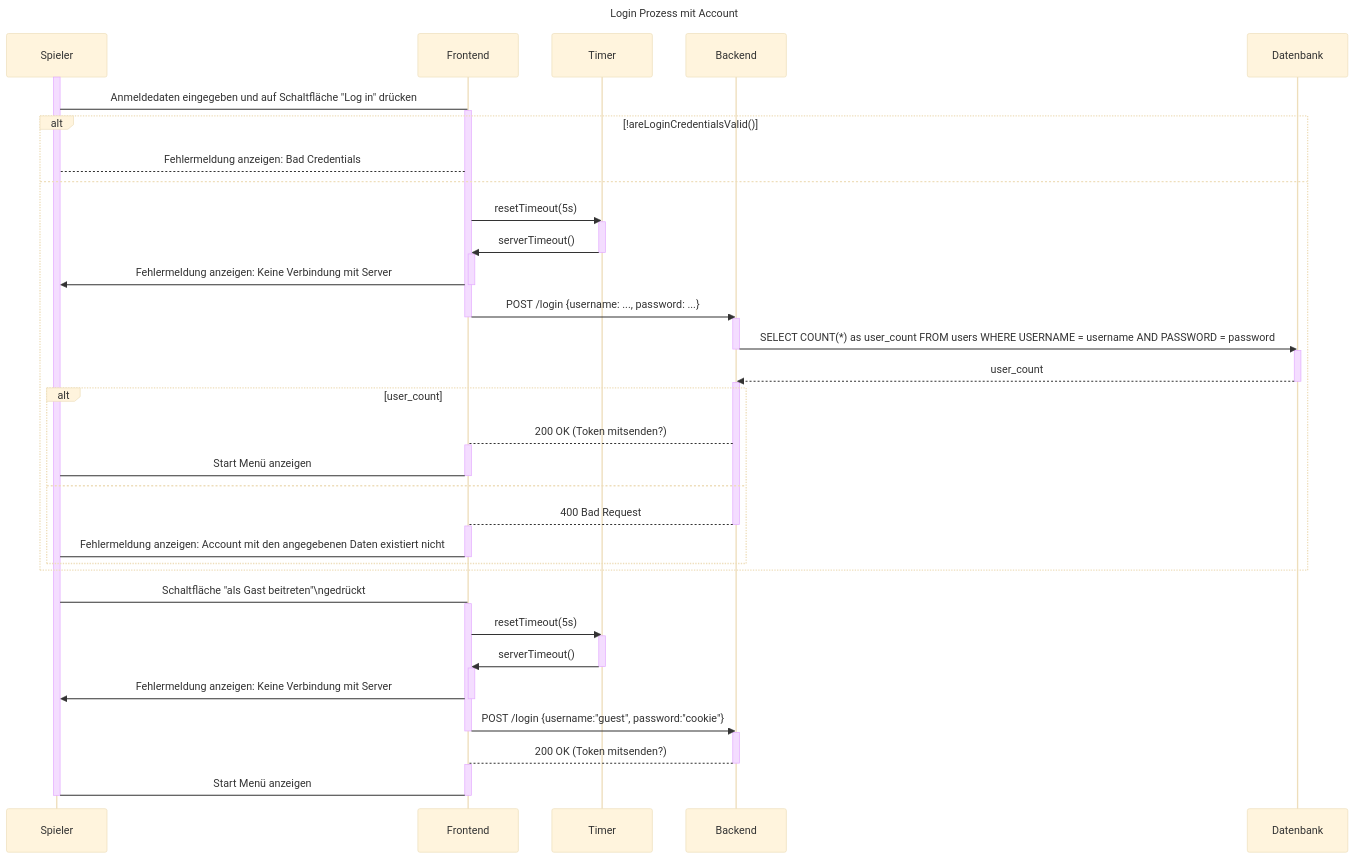
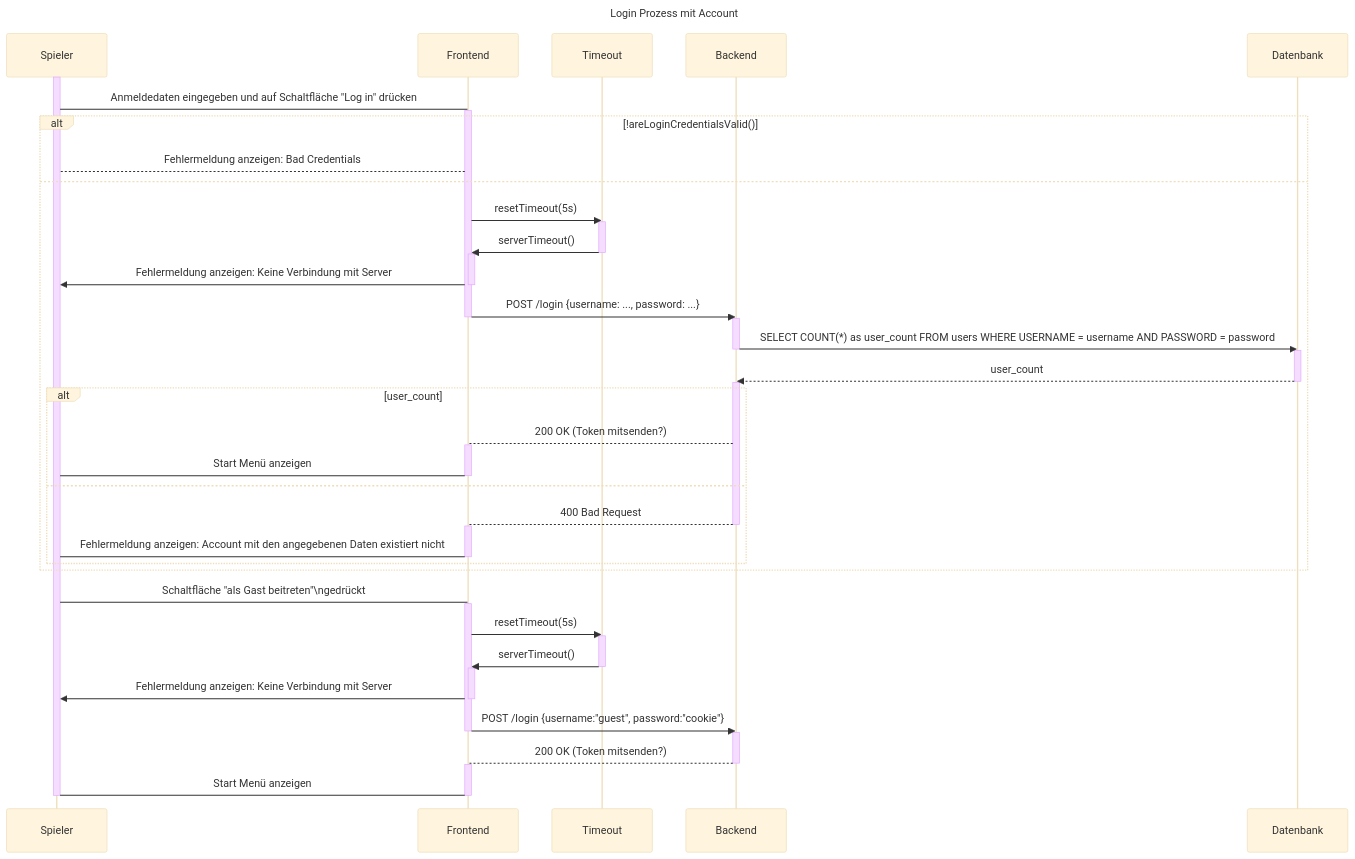
The first of 2 diagrams in srs/account_management/login/login.md (Hexfields-Studio/HexfieldsDominion-Artefacts), drawn with Mermaid (base theme) before and after one commit.

Commit message:
Rename Timer participant to Timeout in login.md

````diff
--- a/srs/account_management/login/login.md
+++ b/srs/account_management/login/login.md
@@ -29,71 +29,71 @@
 ```mermaid
 sequenceDiagram
 # Login Sequence Diagram
 
 title Login Prozess mit Account
 
 participant Spieler
 participant Frontend
-participant Timer
+participant Timeout
 participant Backend
 participant Datenbank
 
 activate Spieler
 Spieler->Frontend:Anmeldedaten eingegeben und auf Schaltfläche "Log in" drücken
 activate Frontend
 alt !areLoginCredentialsValid()
 Frontend-->Spieler:Fehlermeldung anzeigen: Bad Credentials
 else 
-Frontend->>Timer: resetTimeout(5s)
-activate Timer
-  Timer->>Frontend: serverTimeout()
-deactivate Timer
+Frontend->>Timeout: resetTimeout(5s)
+activate Timeout
+  Timeout->>Frontend: serverTimeout()
+deactivate Timeout
 activate Frontend
   Frontend->>Spieler: Fehlermeldung anzeigen: Keine Verbindung mit Server
 deactivate Frontend
 
 Frontend->>Backend:POST /login {username: ..., password: ...}
 deactivate Frontend
 activate Backend
   Backend->>Datenbank:SELECT COUNT(*) as user_count FROM users WHERE USERNAME = username AND PASSWORD = password;
 deactivate Backend
 activate Datenbank
 
 
 Datenbank-->>Backend:user_count
 deactivate Datenbank
 activate Backend
 alt user_count
 Backend-->Frontend:200 OK (Token mitsenden?)
 activate Frontend
   Frontend->Spieler:Start Menü anzeigen
 deactivate Frontend
 else
 Backend-->Frontend:400 Bad Request
 deactivate Backend
 activate Frontend
 Frontend->Spieler:Fehlermeldung anzeigen: Account mit den angegebenen Daten existiert nicht
 deactivate Frontend
 
 end
 end
 
 Spieler->Frontend:Schaltfläche "als Gast beitreten"\ngedrückt
 activate Frontend
-  Frontend->>Timer: resetTimeout(5s)
-  activate Timer
-    Timer->>Frontend: serverTimeout()
-  deactivate Timer
+  Frontend->>Timeout: resetTimeout(5s)
+  activate Timeout
+    Timeout->>Frontend: serverTimeout()
+  deactivate Timeout
   activate Frontend
     Frontend->>Spieler: Fehlermeldung anzeigen: Keine Verbindung mit Server
   deactivate Frontend
   Frontend->>Backend:POST /login {username:"guest", password:"cookie"}
   deactivate Frontend
   activate Backend
     Backend-->Frontend: 200 OK (Token mitsenden?)
   deactivate Backend
   activate Frontend
   Frontend->Spieler: Start Menü anzeigen
   deactivate Frontend
 deactivate Spieler
 ```
````
